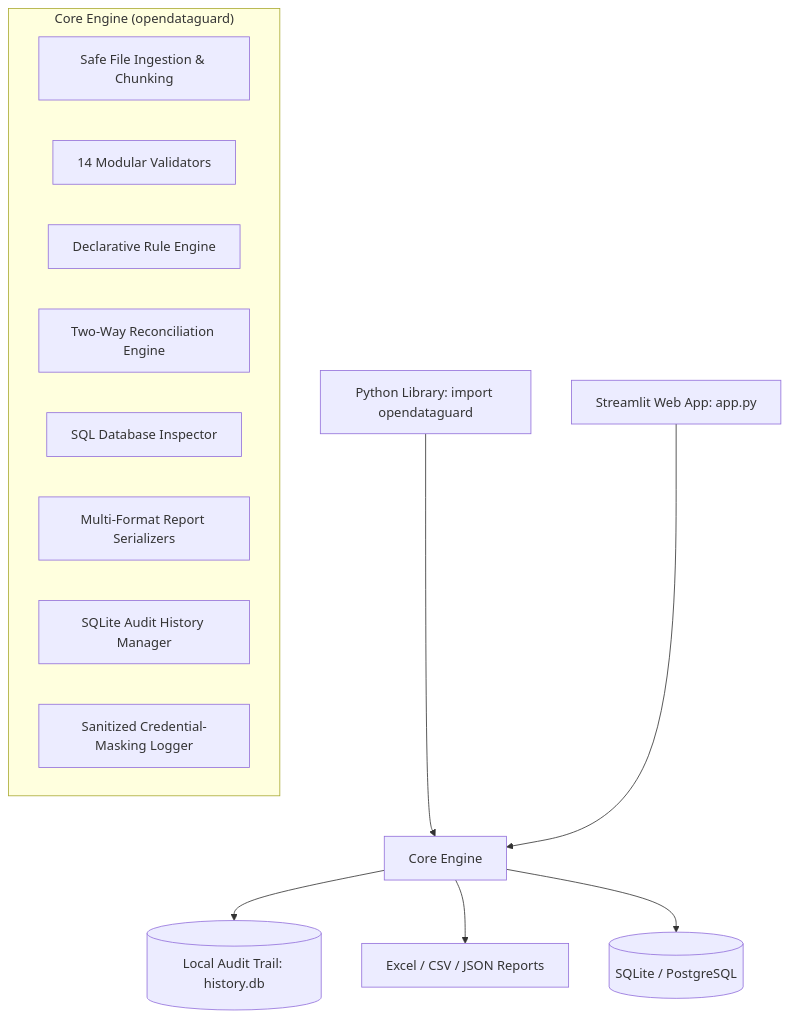
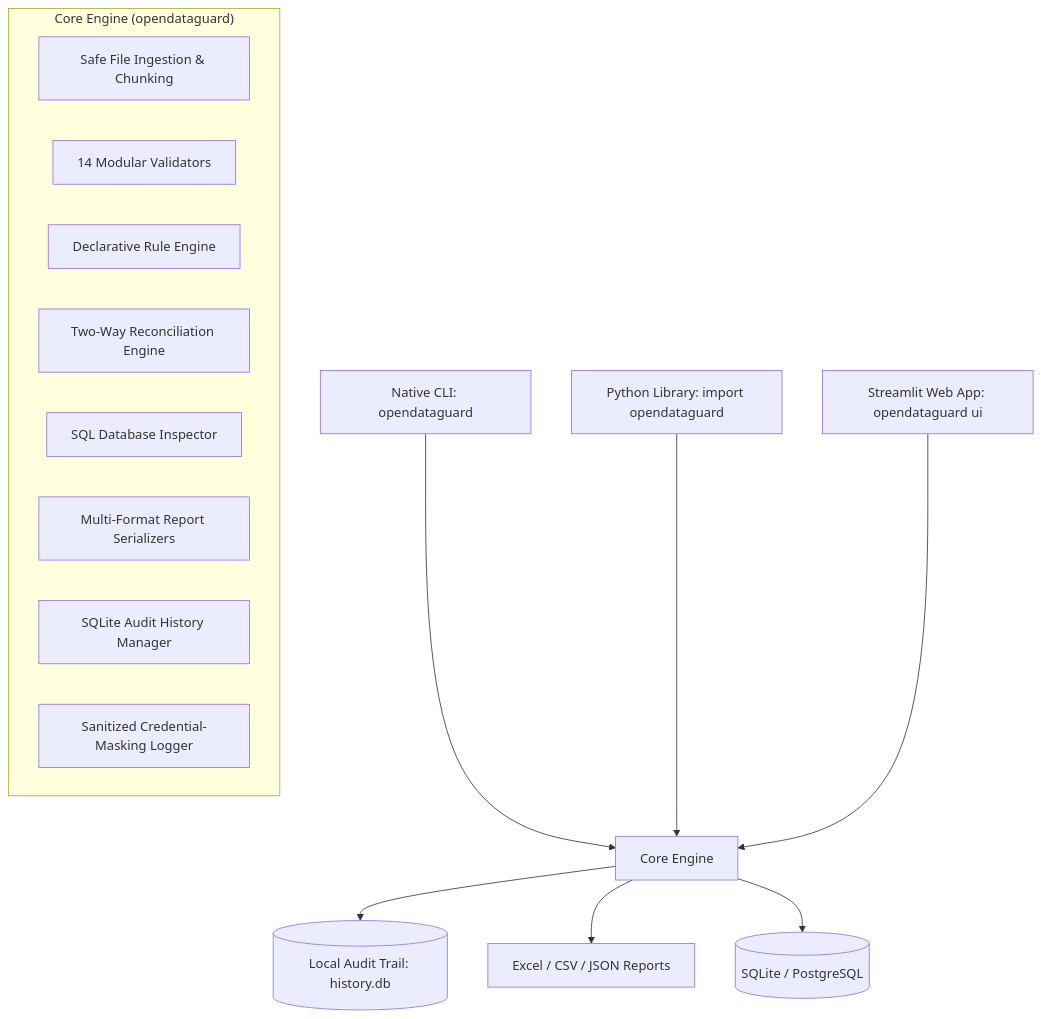
Before and after one commit to RushikeshAlase7879/OpenDataGuard: the diagram in README.md, drawn with Mermaid. The commit also changed other lines of this file and 5 other files, not shown here.

Commit message:
docs: document native CLI and refresh onboarding

````diff
--- a/README.md
+++ b/README.md
@@ -108,20 +109,21 @@
 ```mermaid
 graph TD
-    API[Python Library: import opendataguard] --> Core[Core Engine]
-    UI[Streamlit Web App: app.py] --> Core
+    CLI[Native CLI: opendataguard] --> Core[Core Engine]
+    API[Python Library: import opendataguard] --> Core
+    UI[Streamlit Web App: opendataguard ui] --> Core
 
     subgraph "Core Engine (opendataguard)"
         Ingest[Safe File Ingestion & Chunking]
         Val[14 Modular Validators]
         Rules[Declarative Rule Engine]
         Rec[Two-Way Reconciliation Engine]
         DB[SQL Database Inspector]
         Rep[Multi-Format Report Serializers]
         Hist[SQLite Audit History Manager]
         Log[Sanitized Credential-Masking Logger]
     end
 
     Core --> Storage[(Local Audit Trail: history.db)]
     Core --> OutReports[Excel / CSV / JSON Reports]
     Core --> TargetDB[(SQLite / PostgreSQL)]
 ```
````
